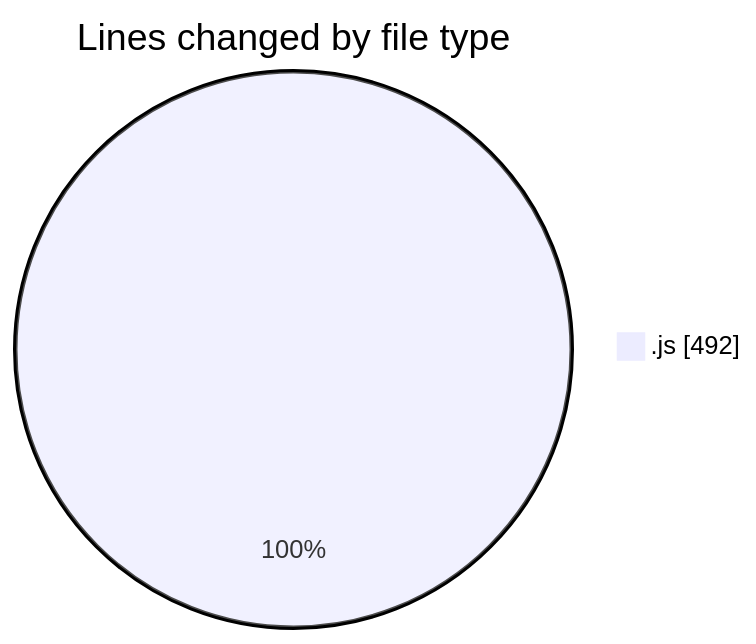
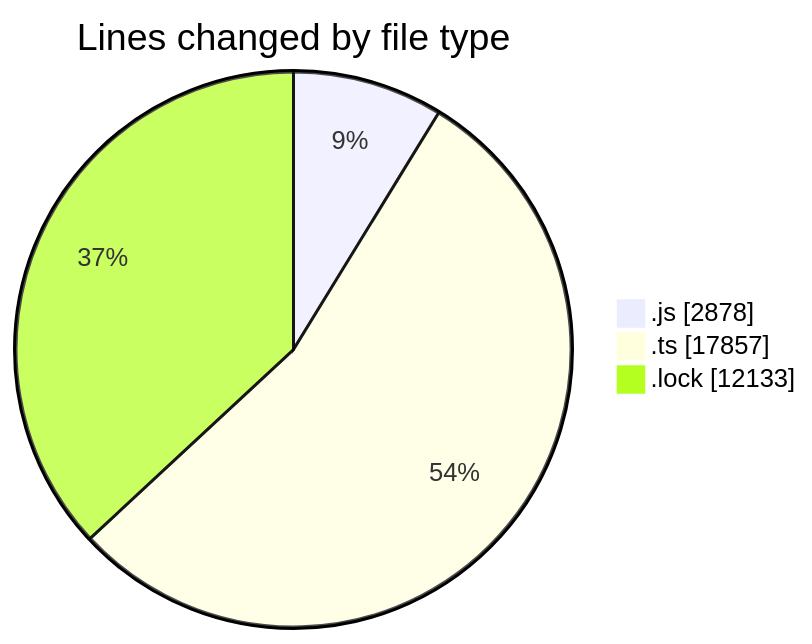
One commit to momahboobian/code-tracking changed the first of 2 diagrams in 2025-08-12/cda/README.md. Above: the diagram before and after it, drawn with Mermaid. The commit also changed other lines of this file and 1 other file, not shown here.

````diff
--- a/2025-08-12/cda/README.md
+++ b/2025-08-12/cda/README.md
@@ -27,5 +39,7 @@
 ```mermaid
 pie showData
 title Lines changed by file type
-".js" : 492
+".js" : 2878
+".ts" : 17857
+".lock" : 12133
 ```
````
